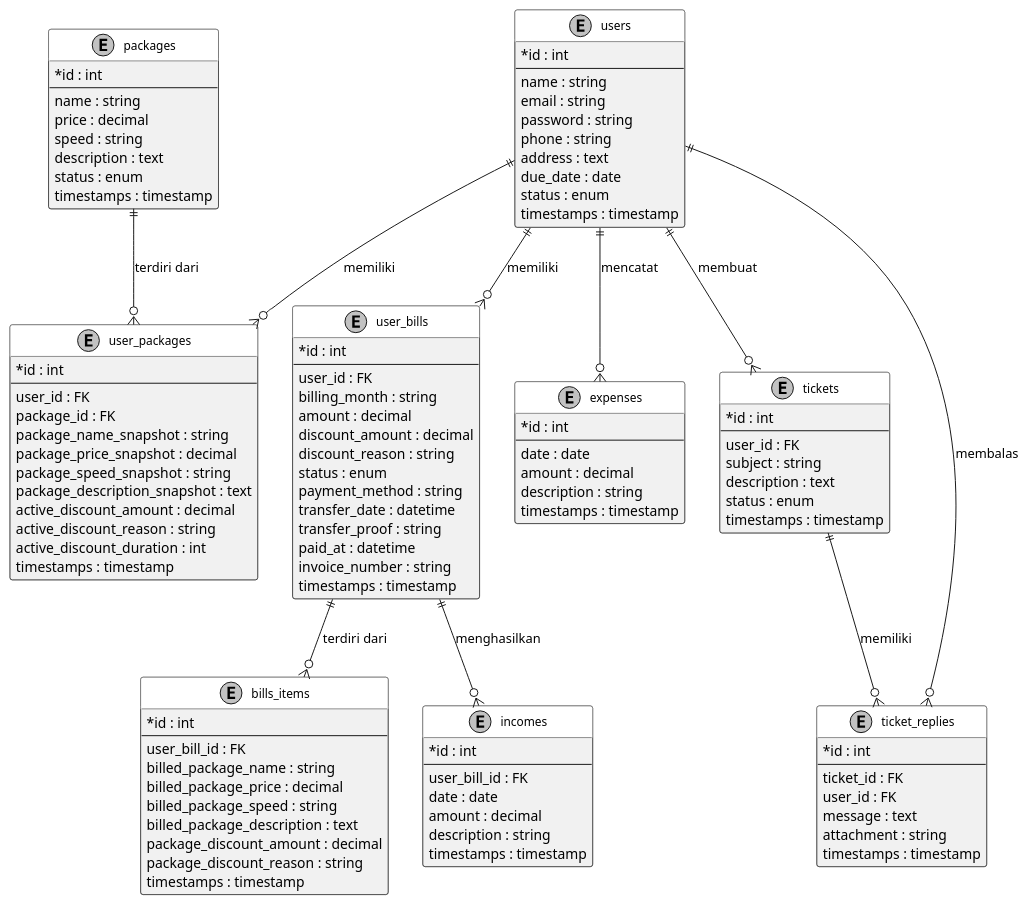
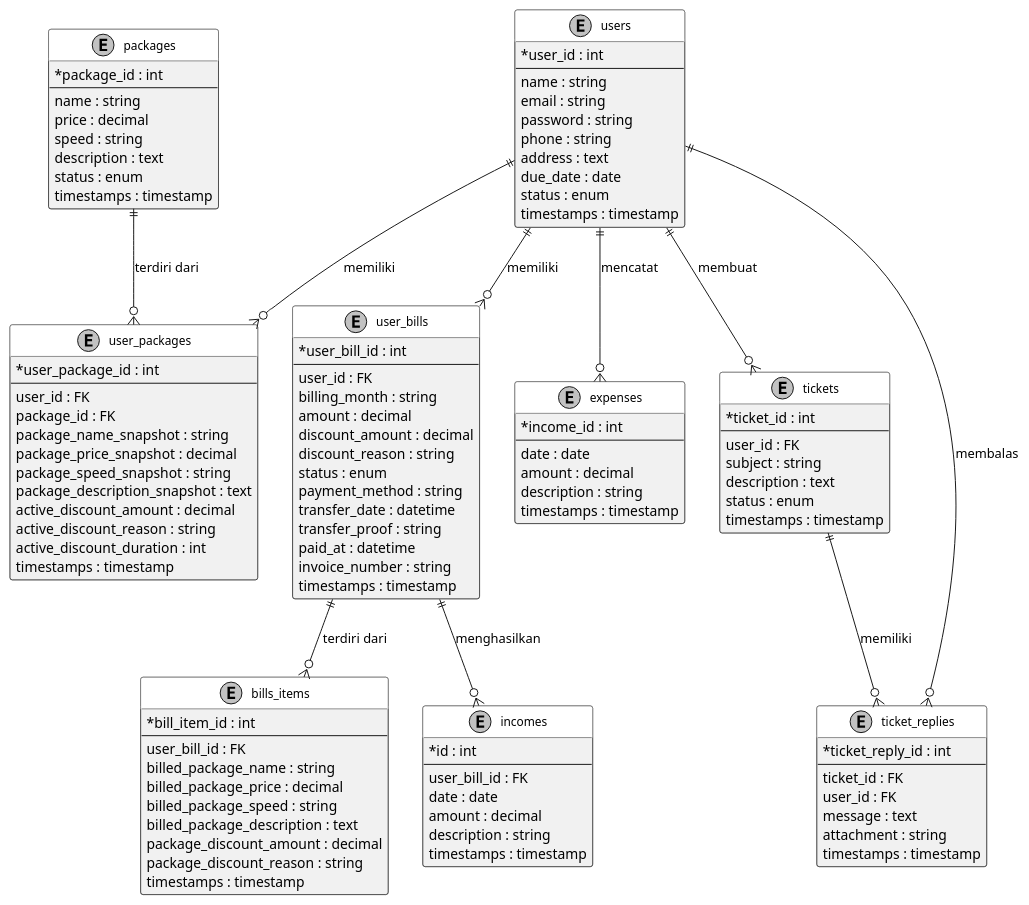
Before and after one commit to glhrzk/billing-service-project: the diagram in plantuml/bab3_perancangan_basis_data/logical_record_structure.puml, drawn with PlantUML. The commit also changed 2 other files, not shown here.

Commit message:
feat: update UML diagrams to use descriptive property names for clarity [revisi dospem]

```diff
--- a/plantuml/bab3_perancangan_basis_data/logical_record_structure.puml
+++ b/plantuml/bab3_perancangan_basis_data/logical_record_structure.puml
@@ -1,130 +1,130 @@
 @startuml
 skinparam monochrome true
 skinparam classAttributeIconSize 0
 skinparam classFontSize 12
 skinparam classHeaderBackgroundColor white
 
 ' ================== ENTITAS ==================
 entity packages {
-  *id : int
+  *package_id : int
   --
   name : string
   price : decimal
   speed : string
   description : text
   status : enum
   timestamps : timestamp
 }
 
 entity users {
-  *id : int
+  *user_id : int
   --
   name : string
   email : string
   password : string
   phone : string
   address : text
   due_date : date
   status : enum
   timestamps : timestamp
 }
 
 entity user_packages {
-  *id : int
+  *user_package_id : int
   --
   user_id : FK
   package_id : FK
   package_name_snapshot : string
   package_price_snapshot : decimal
   package_speed_snapshot : string
   package_description_snapshot : text
   active_discount_amount : decimal
   active_discount_reason : string
   active_discount_duration : int
   timestamps : timestamp
 }
 
 entity user_bills {
-  *id : int
+  *user_bill_id : int
   --
   user_id : FK
   billing_month : string
   amount : decimal
   discount_amount : decimal
   discount_reason : string
   status : enum
   payment_method : string
   transfer_date : datetime
   transfer_proof : string
   paid_at : datetime
   invoice_number : string
   timestamps : timestamp
 }
 
 entity bills_items {
-  *id : int
+  *bill_item_id : int
   --
   user_bill_id : FK
   billed_package_name : string
   billed_package_price : decimal
   billed_package_speed : string
   billed_package_description : text
   package_discount_amount : decimal
   package_discount_reason : string
   timestamps : timestamp
 }
 
 entity incomes {
   *id : int
   --
   user_bill_id : FK
   date : date
   amount : decimal
   description : string
   timestamps : timestamp
 }
 
 entity expenses {
-  *id : int
+  *income_id : int
   --
   date : date
   amount : decimal
   description : string
   timestamps : timestamp
 }
 
 entity tickets {
-  *id : int
+  *ticket_id : int
   --
   user_id : FK
   subject : string
   description : text
   status : enum
   timestamps : timestamp
 }
 
 entity ticket_replies {
-  *id : int
+  *ticket_reply_id : int
   --
   ticket_id : FK
   user_id : FK
   message : text
   attachment : string
   timestamps : timestamp
 }
 
 ' ================== RELASI ==================
 users ||--o{ user_packages : memiliki
 packages ||--o{ user_packages : terdiri dari
 
 users ||--o{ user_bills : memiliki
 user_bills ||--o{ bills_items : terdiri dari
 user_bills ||--o{ incomes : menghasilkan
 
 users ||--o{ tickets : membuat
 tickets ||--o{ ticket_replies : memiliki
 users ||--o{ ticket_replies : membalas
 
 users ||--o{ expenses : mencatat
 
 @enduml
```
